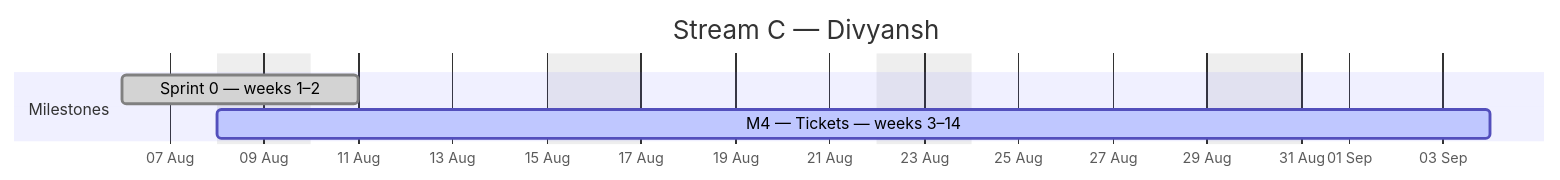
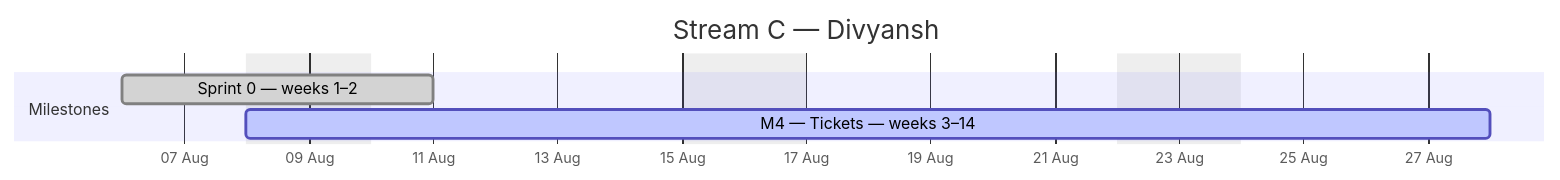
One commit to debashisedunext/EduTrack changed the third of 4 diagrams in docs/plan/GANTT.md. Above: the diagram before and after it, drawn with Mermaid. The commit also changed other lines of this file and 3 other files, not shown here.

````diff
--- a/docs/plan/GANTT.md
+++ b/docs/plan/GANTT.md
@@ -116,10 +117,10 @@
 ```mermaid
 gantt
     dateFormat YYYY-MM-DD
     axisFormat %d %b
     title Stream C — Divyansh
     excludes weekends
     section Milestones
     Sprint 0 — weeks 1–2 :done, c0, 2026-08-06, 3d
-    M4 — Tickets — weeks 3–14 :active, c1, 2026-08-08, 20d
+    M4 — Tickets — weeks 3–14 :active, c1, 2026-08-08, 15d
 ```
````
